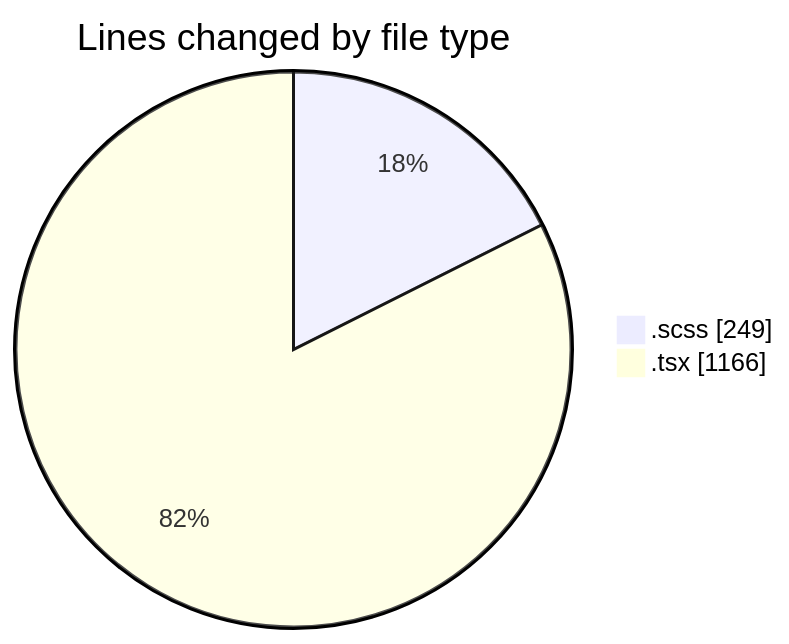
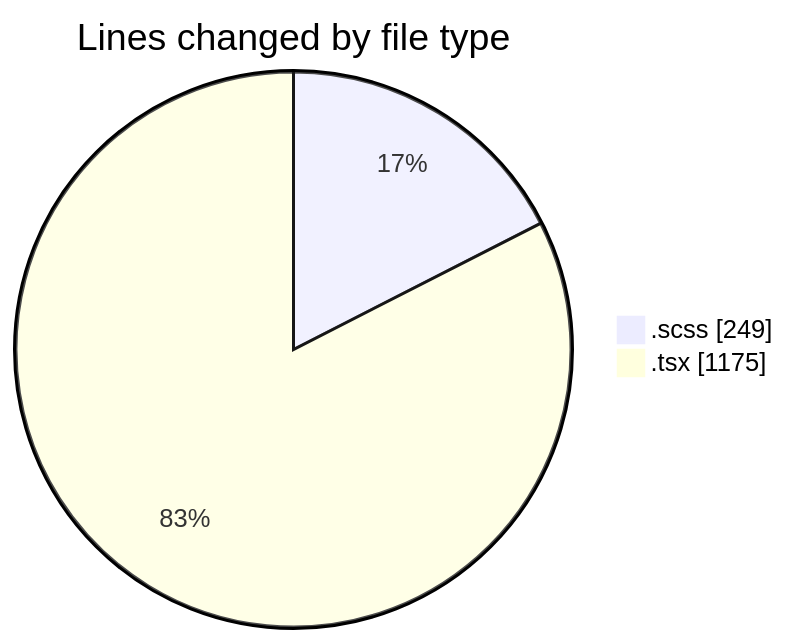
The first of 2 diagrams in 2025-09-26/cda/README.md (momahboobian/code-tracking), drawn with Mermaid before and after one commit. The commit also changed other lines of this file and 1 other file, not shown here.

````diff
--- a/2025-09-26/cda/README.md
+++ b/2025-09-26/cda/README.md
@@ -22,6 +22,6 @@
 ```mermaid
 pie showData
 title Lines changed by file type
 ".scss" : 249
-".tsx" : 1166
+".tsx" : 1175
 ```
````
